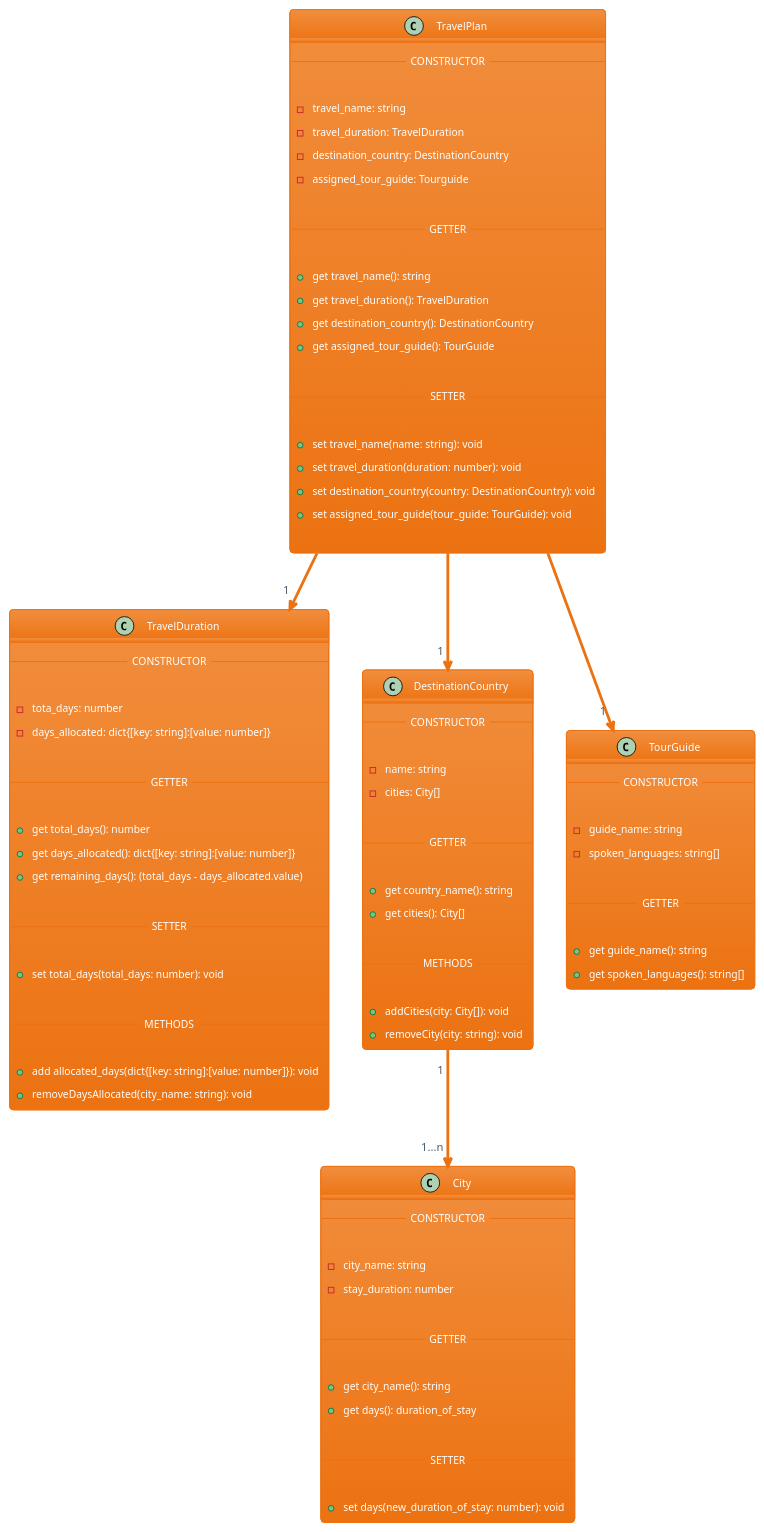
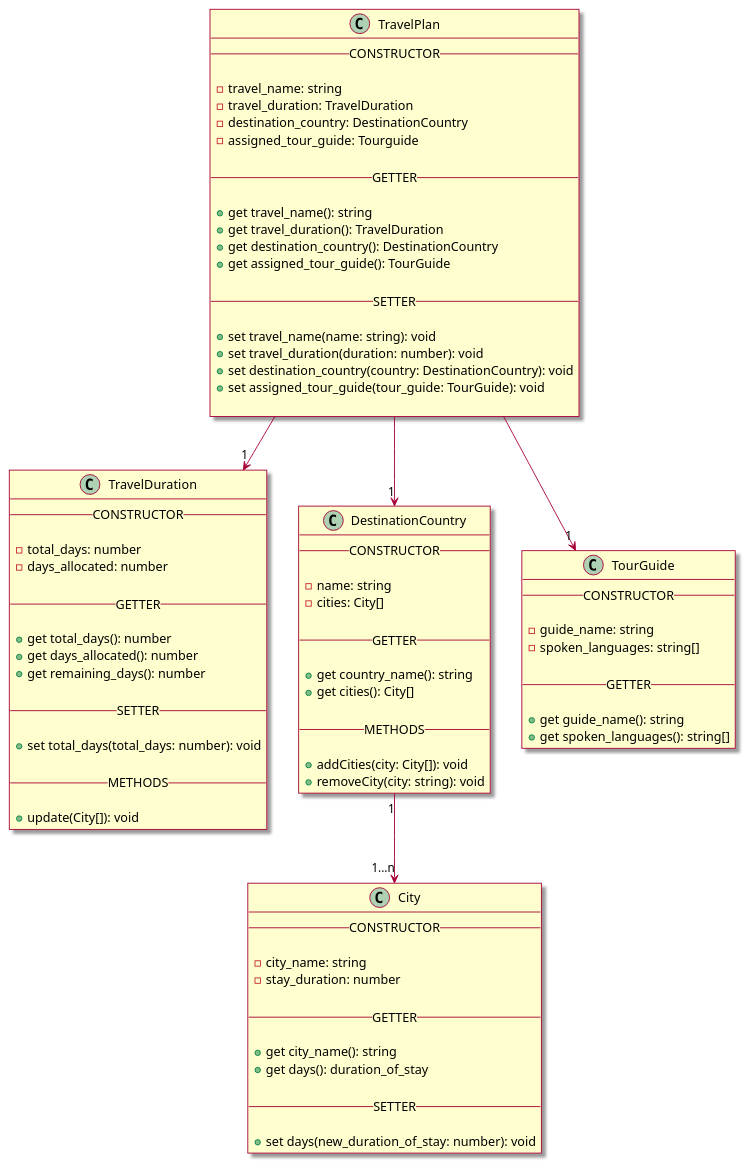
The diagram in docs/Reiseplanung.puml (lucasmouette/Webtech_App), drawn with PlantUML before and after one commit. The commit also changed 5 other files, not shown here.

```diff
--- a/docs/Reiseplanung.puml
+++ b/docs/Reiseplanung.puml
@@ -3,101 +3,100 @@
 @startuml
-!theme aws-orange
+skin rose
 
 class TravelPlan {
     __CONSTRUCTOR__
 
     - travel_name: string
     - travel_duration: TravelDuration
     - destination_country: DestinationCountry 
     - assigned_tour_guide: Tourguide
 
     __GETTER__
 
     + get travel_name(): string
     + get travel_duration(): TravelDuration
     + get destination_country(): DestinationCountry
     + get assigned_tour_guide(): TourGuide
 
     __SETTER__
 
     + set travel_name(name: string): void
     + set travel_duration(duration: number): void
     + set destination_country(country: DestinationCountry): void
     + set assigned_tour_guide(tour_guide: TourGuide): void
 
 }
 'removeDaysAllocated je nachdem ändern wenn die getter/setter zusammen geschrieben werden'
 class TravelDuration {
     __CONSTRUCTOR__
 
-    - tota_days: number
-    - days_allocated: dict{[key: string]:[value: number]}
+    - total_days: number
+    - days_allocated: number
 
     __GETTER__
 
     + get total_days(): number
-    + get days_allocated(): dict{[key: string]:[value: number]}
-    + get remaining_days(): (total_days - days_allocated.value)
+    + get days_allocated(): number
+    + get remaining_days(): number
 
     __SETTER__
     
     + set total_days(total_days: number): void
 
     __METHODS__
 
-    + add allocated_days(dict{[key: string]:[value: number]}): void
-    + removeDaysAllocated(city_name: string): void
+    + update(City[]): void
 }
 
 class DestinationCountry {
     __CONSTRUCTOR__
 
     - name: string
     - cities: City[]
 
     __GETTER__
 
     + get country_name(): string
     + get cities(): City[]
 
     __METHODS__
 
     + addCities(city: City[]): void
     + removeCity(city: string): void
 }
 
 class City {
     __CONSTRUCTOR__
 
     - city_name: string
     - stay_duration: number
 
     __GETTER__
 
     + get city_name(): string
     + get days(): duration_of_stay
 
     __SETTER__
     
     + set days(new_duration_of_stay: number): void
 }
 
 
 class TourGuide {
     __CONSTRUCTOR__
 
     - guide_name: string
     - spoken_languages: string[]
 
     __GETTER__
 
     + get guide_name(): string
     + get spoken_languages(): string[]
 }
 
 TravelPlan --> "1" DestinationCountry
 TravelPlan --> "1" TourGuide
 TravelPlan --> "1" TravelDuration
 DestinationCountry "1" --> "1...n" City
 
 @enduml
```
